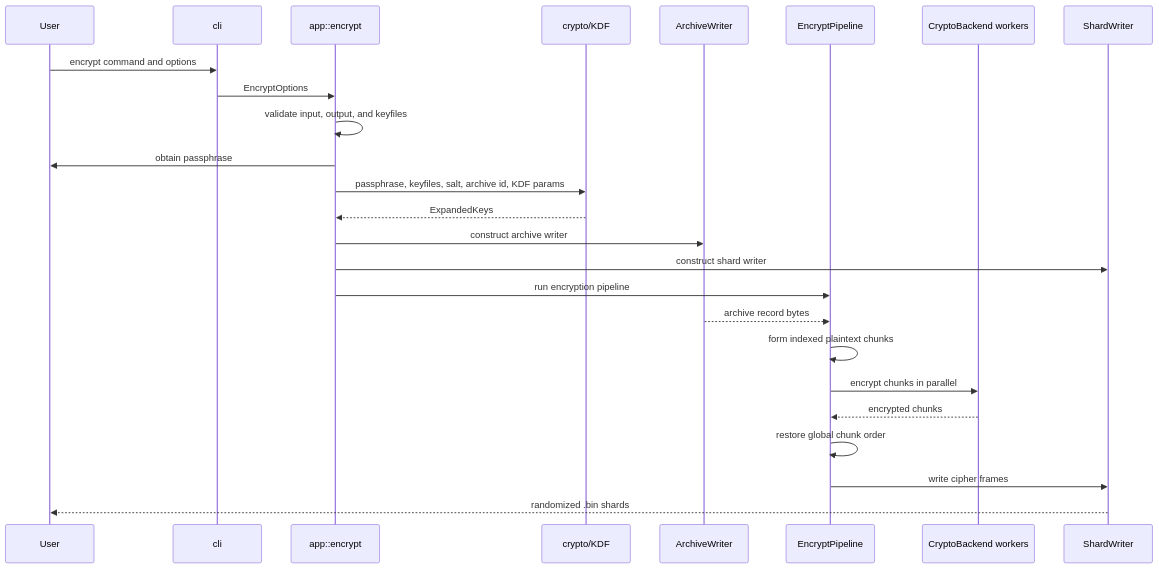
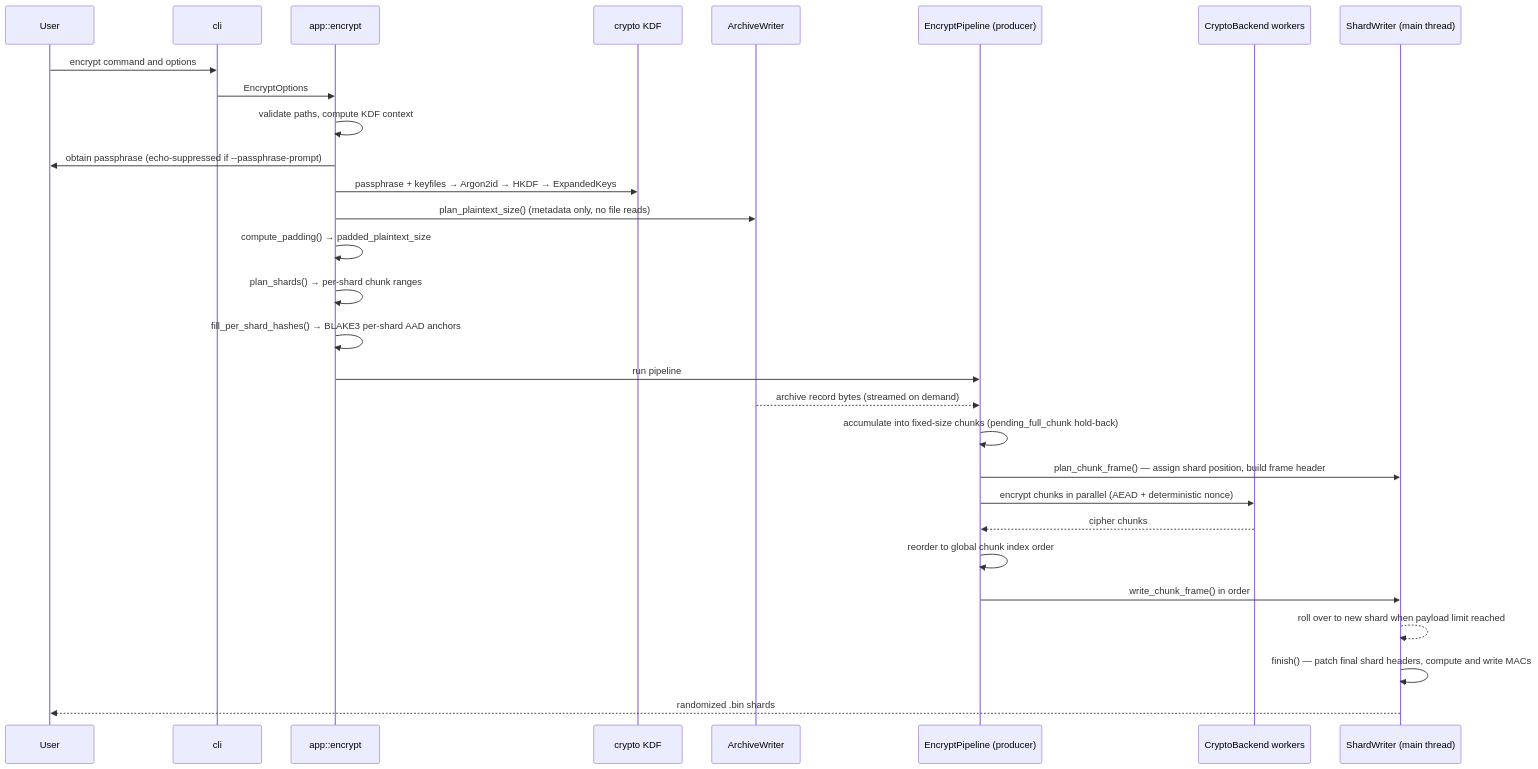
Before and after one commit to gellistvan/bseal-cpp-0: the fourth of 5 diagrams in docs/HIGH_LEVEL_DESIGN.md, drawn with Mermaid. The commit also changed other lines of this file, not shown here.

````diff
--- a/docs/HIGH_LEVEL_DESIGN.md
+++ b/docs/HIGH_LEVEL_DESIGN.md
@@ -377,28 +491,32 @@
 ```mermaid
 sequenceDiagram
     participant User
     participant CLI as cli
     participant App as app::encrypt
-    participant KDF as crypto/KDF
+    participant KDF as crypto KDF
     participant AW as ArchiveWriter
-    participant EP as EncryptPipeline
+    participant EP as EncryptPipeline (producer)
     participant BE as CryptoBackend workers
-    participant SW as ShardWriter
+    participant SW as ShardWriter (main thread)
 
     User->>CLI: encrypt command and options
     CLI->>App: EncryptOptions
-    App->>App: validate input, output, and keyfiles
-    App->>User: obtain passphrase
-    App->>KDF: passphrase, keyfiles, salt, archive id, KDF params
-    KDF-->>App: ExpandedKeys
-    App->>AW: construct archive writer
-    App->>SW: construct shard writer
-    App->>EP: run encryption pipeline
-    AW-->>EP: archive record bytes
-    EP->>EP: form indexed plaintext chunks
-    EP->>BE: encrypt chunks in parallel
-    BE-->>EP: encrypted chunks
-    EP->>EP: restore global chunk order
-    EP->>SW: write cipher frames
+    App->>App: validate paths, compute KDF context
+    App->>User: obtain passphrase (echo-suppressed if --passphrase-prompt)
+    App->>KDF: passphrase + keyfiles → Argon2id → HKDF → ExpandedKeys
+    App->>AW: plan_plaintext_size() (metadata only, no file reads)
+    App->>App: compute_padding() → padded_plaintext_size
+    App->>App: plan_shards() → per-shard chunk ranges
+    App->>App: fill_per_shard_hashes() → BLAKE3 per-shard AAD anchors
+    App->>EP: run pipeline
+    AW-->>EP: archive record bytes (streamed on demand)
+    EP->>EP: accumulate into fixed-size chunks (pending_full_chunk hold-back)
+    EP->>SW: plan_chunk_frame() — assign shard position, build frame header
+    EP->>BE: encrypt chunks in parallel (AEAD + deterministic nonce)
+    BE-->>EP: cipher chunks
+    EP->>EP: reorder to global chunk index order
+    EP->>SW: write_chunk_frame() in order
+    SW-->>SW: roll over to new shard when payload limit reached
+    SW->>SW: finish() — patch final shard headers, compute and write MACs
     SW-->>User: randomized .bin shards
 ```
````
